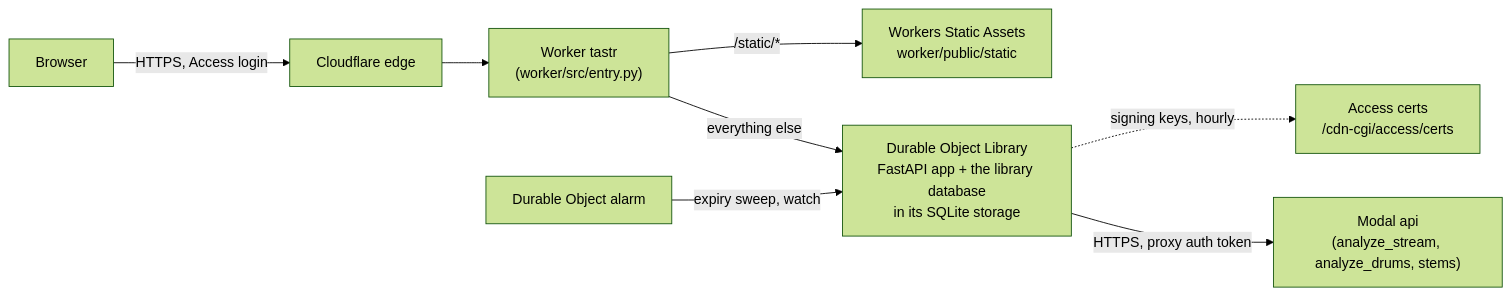
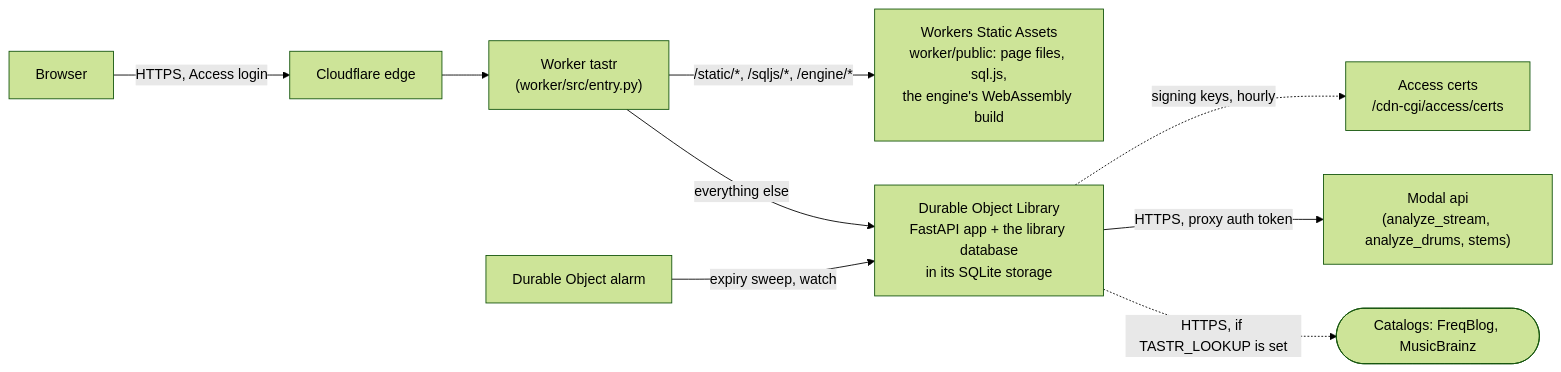
One commit to pocketIlmatto/tastr changed the third of 3 diagrams in docs/hosting-map.md. Above: the diagram before and after it, drawn with Mermaid (forest theme). The commit also changed other lines of this file and 16 other files, not shown here.

First line of the commit message:
Run lookups, the SQL search box and in-browser cards on the Worker (TAS-51)

````diff
--- a/docs/hosting-map.md
+++ b/docs/hosting-map.md
@@ -295,10 +295,11 @@
 ```mermaid
 flowchart LR
     B[Browser] -->|HTTPS, Access login| CF[Cloudflare edge]
     CF --> W["Worker tastr<br/>(worker/src/entry.py)"]
-    W -->|/static/*| SA[Workers Static Assets<br/>worker/public/static]
+    W -->|"/static/*, /sqljs/*, /engine/*"| SA["Workers Static Assets<br/>worker/public: page files, sql.js,<br/>the engine's WebAssembly build"]
     W -->|everything else| DO["Durable Object Library<br/>FastAPI app + the library database<br/>in its SQLite storage"]
     DO -.->|signing keys, hourly| AK[Access certs<br/>/cdn-cgi/access/certs]
     AL[Durable Object alarm] -->|expiry sweep, watch| DO
     DO -->|HTTPS, proxy auth token| MA["Modal api<br/>(analyze_stream, analyze_drums, stems)"]
+    DO -.->|HTTPS, if TASTR_LOOKUP is set| CAT2([Catalogs: FreqBlog, MusicBrainz])
 ```
````
